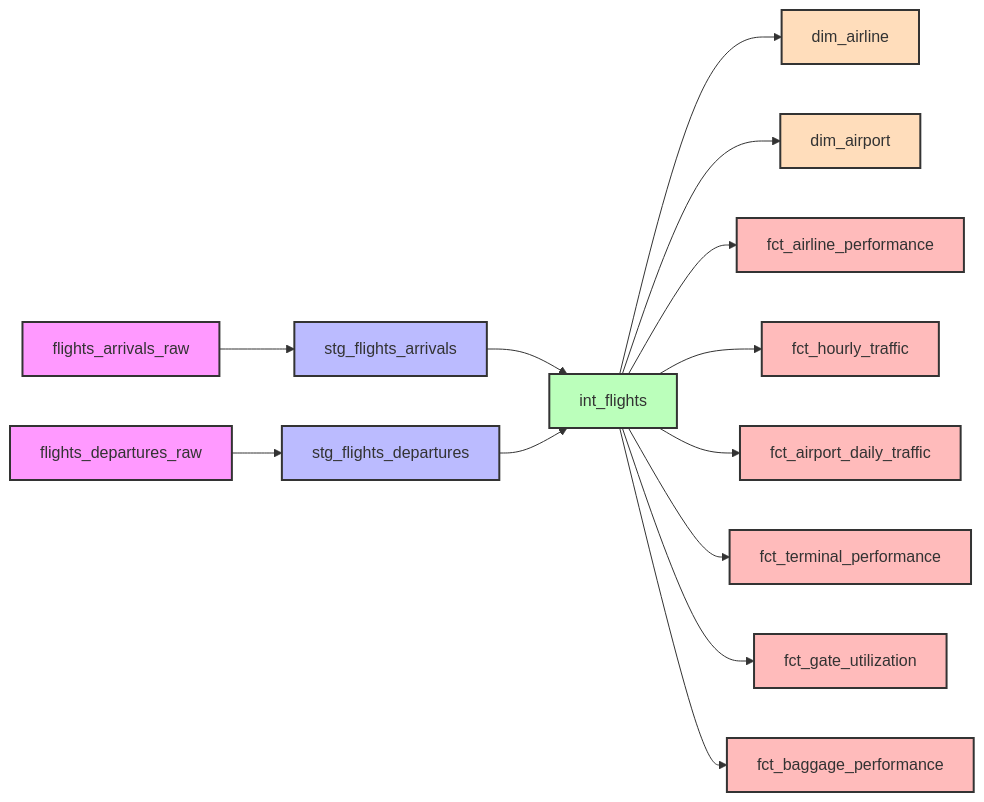
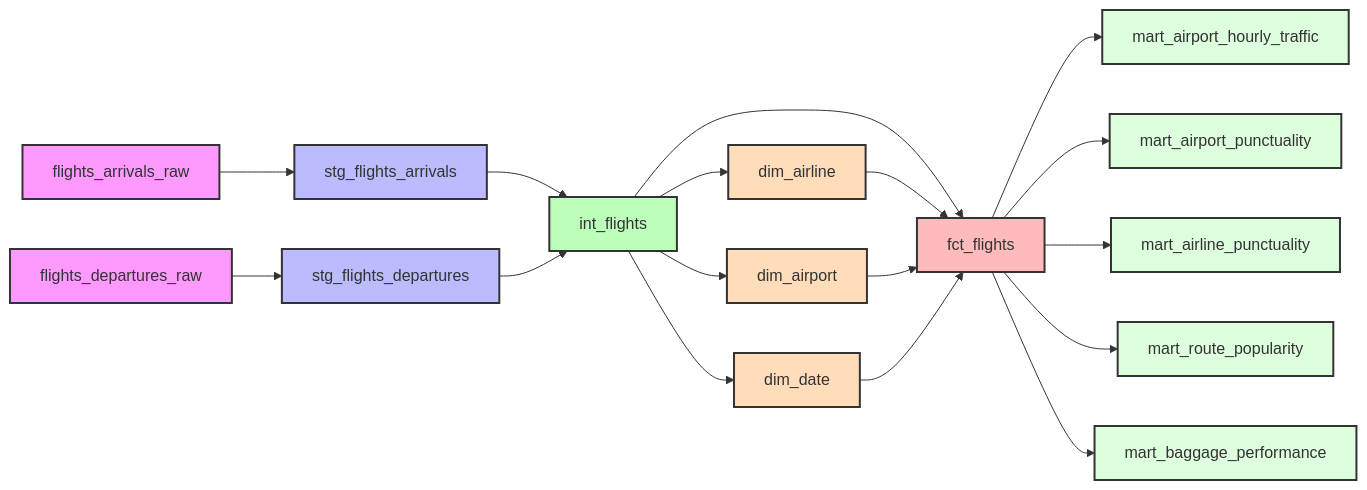
The second of 2 diagrams in dbt/docs/data_model.md (katryl-yh/svensk-flyt), drawn with Mermaid before and after one commit. The commit also changed other lines of this file and 1 other file, not shown here.

Commit message:
docs: update documentation for Kimball star schema architecture

````diff
--- a/dbt/docs/data_model.md
+++ b/dbt/docs/data_model.md
@@ -130,35 +129,43 @@
 ```mermaid
 graph LR
     %% Sources
     A1[flights_arrivals_raw] --> B1[stg_flights_arrivals]
     A2[flights_departures_raw] --> B2[stg_flights_departures]
     
     %% Intermediate
     B1 --> C[int_flights]
     B2 --> C
     
     %% Dimensions
     C --> D1[dim_airline]
     C --> D2[dim_airport]
+    C --> D3[dim_date]
     
-    %% Facts
-    C --> F1[fct_airline_performance]
-    C --> F2[fct_hourly_traffic]
-    C --> F3[fct_airport_daily_traffic]
-    C --> F4[fct_terminal_performance]
-    C --> F5[fct_gate_utilization]
-    C --> F6[fct_baggage_performance]
+    %% Atomic Fact
+    C --> F[fct_flights]
+    D1 --> F
+    D2 --> F
+    D3 --> F
+    
+    %% Marts
+    F --> M1[mart_airport_hourly_traffic]
+    F --> M2[mart_airport_punctuality]
+    F --> M3[mart_airline_punctuality]
+    F --> M4[mart_route_popularity]
+    F --> M5[mart_baggage_performance]
     
     %% Styling
     classDef source fill:#f9f,stroke:#333,stroke-width:2px
     classDef staging fill:#bbf,stroke:#333,stroke-width:2px
     classDef intermediate fill:#bfb,stroke:#333,stroke-width:2px
     classDef dimension fill:#fdb,stroke:#333,stroke-width:2px
     classDef fact fill:#fbb,stroke:#333,stroke-width:2px
+    classDef mart fill:#dfd,stroke:#333,stroke-width:2px
     
     class A1,A2 source
     class B1,B2 staging
     class C intermediate
-    class D1,D2 dimension
-    class F1,F2,F3,F4,F5,F6 fact
+    class D1,D2,D3 dimension
+    class F fact
+    class M1,M2,M3,M4,M5 mart
 ```
````
